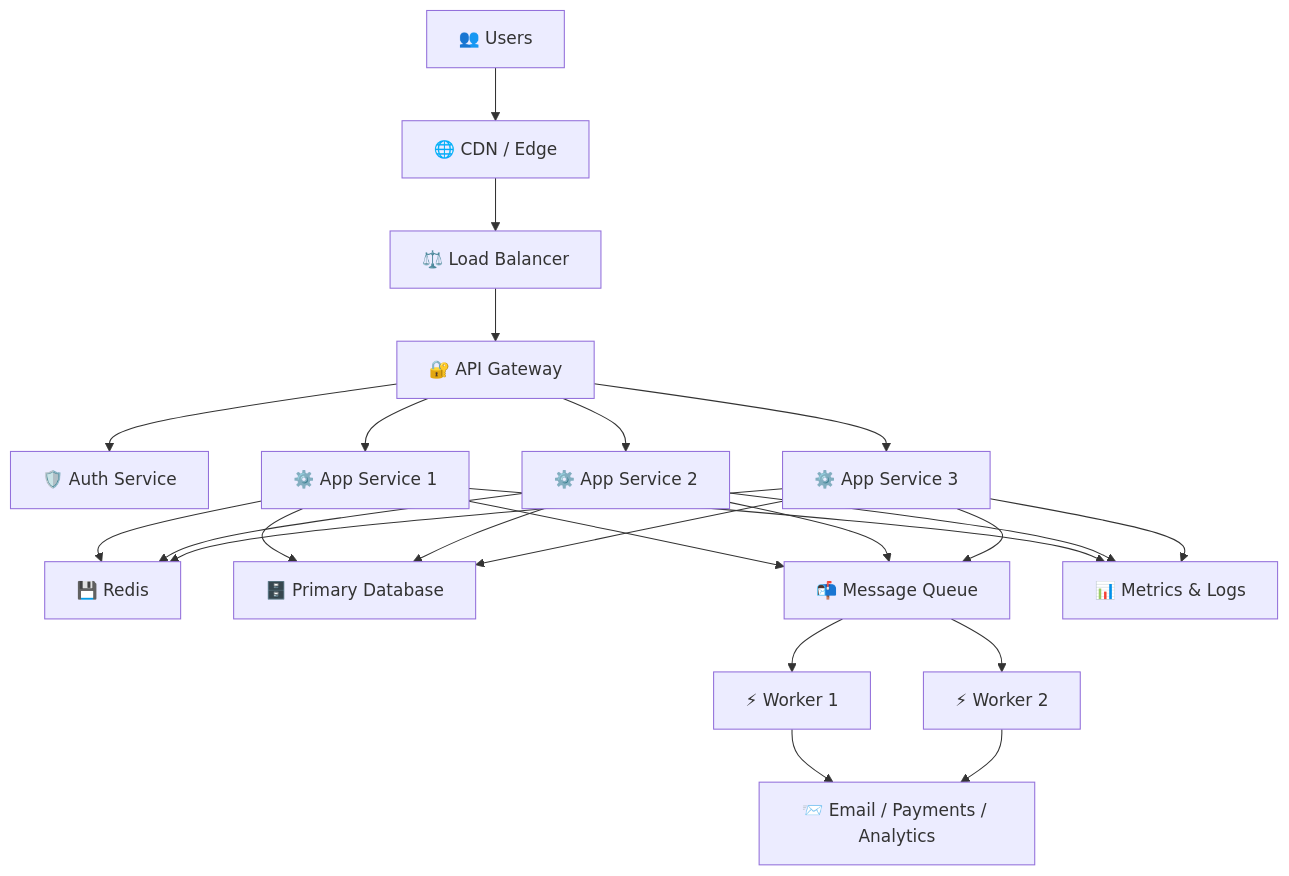
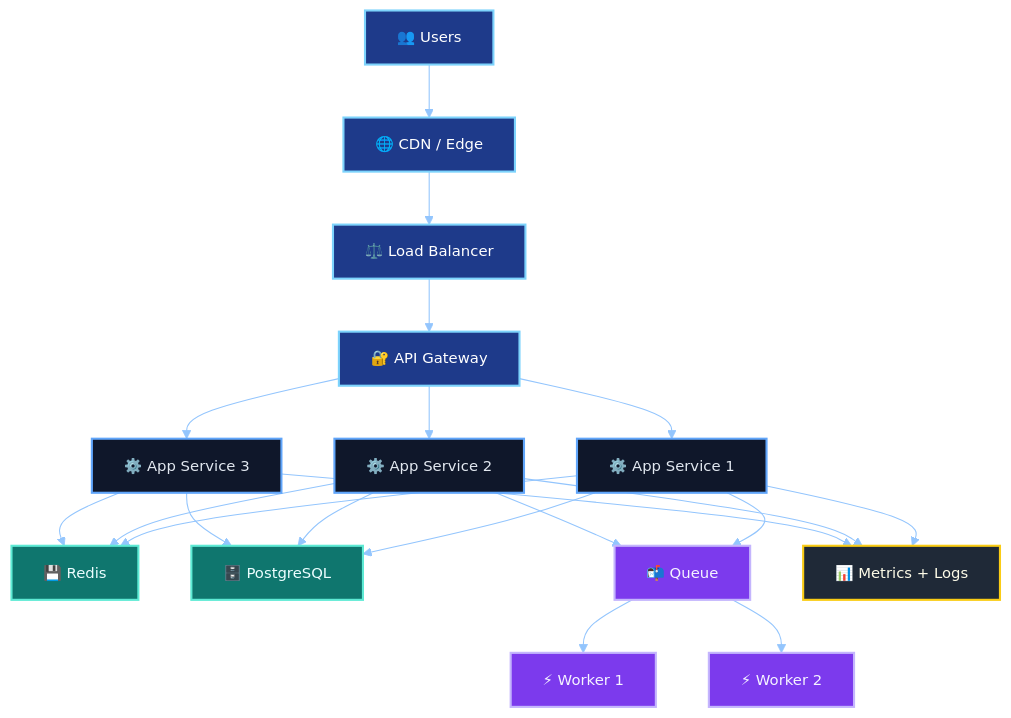
Before and after one commit to quesiblaq442-del/architecture-diagram: the first of 8 diagrams in ARCHITECTURE.md, drawn with Mermaid. The commit also changed other lines of this file, not shown here.

Commit message:
Give the architecture document a more 3D-inspired visual style

````diff
--- a/ARCHITECTURE.md
+++ b/ARCHITECTURE.md
@@ -33,31 +17,48 @@
 ```mermaid
-graph TB
-    Users["👥 Users"] --> CDN["🌐 CDN / Edge"]
-    CDN --> LB["⚖️ Load Balancer"]
+%%{init: {'theme': 'base', 'themeVariables': {
+  'primaryColor': '#0f172a',
+  'primaryTextColor': '#e2e8f0',
+  'primaryBorderColor': '#60a5fa',
+  'lineColor': '#93c5fd',
+  'secondaryColor': '#111827',
+  'tertiaryColor': '#1d4ed8',
+  'fontSize': '14px',
+  'fontFamily': 'Arial'
+}} }%%
+flowchart TB
+    U["👥 Users"] --> C["🌐 CDN / Edge"]
+    C --> LB["⚖️ Load Balancer"]
     LB --> GW["🔐 API Gateway"]
-    GW --> Auth["🛡️ Auth Service"]
-    GW --> App1["⚙️ App Service 1"]
-    GW --> App2["⚙️ App Service 2"]
-    GW --> App3["⚙️ App Service 3"]
+    GW --> A1["⚙️ App Service 1"]
+    GW --> A2["⚙️ App Service 2"]
+    GW --> A3["⚙️ App Service 3"]
 
-    App1 --> Cache["💾 Redis"]
-    App2 --> Cache
-    App3 --> Cache
+    A1 --> REDIS["💾 Redis"]
+    A2 --> REDIS
+    A3 --> REDIS
 
-    App1 --> DB["🗄️ Primary Database"]
-    App2 --> DB
-    App3 --> DB
+    A1 --> DB["🗄️ PostgreSQL"]
+    A2 --> DB
+    A3 --> DB
 
-    App1 --> MQ["📬 Message Queue"]
-    App2 --> MQ
-    App3 --> MQ
+    A1 --> Q["📬 Queue"]
+    A2 --> Q
+    Q --> W1["⚡ Worker 1"]
+    Q --> W2["⚡ Worker 2"]
 
-    MQ --> Worker1["⚡ Worker 1"]
-    MQ --> Worker2["⚡ Worker 2"]
-    Worker1 --> External["📨 Email / Payments / Analytics"]
-    Worker2 --> External
+    A1 --> OBS["📊 Metrics + Logs"]
+    A2 --> OBS
+    A3 --> OBS
 
-    App1 --> Obs["📊 Metrics & Logs"]
-    App2 --> Obs
-    App3 --> Obs
+    classDef edge fill:#1e3a8a,stroke:#7dd3fc,color:#fff,stroke-width:2px;
+    classDef app fill:#0f172a,stroke:#60a5fa,color:#e2e8f0,stroke-width:2px;
+    classDef data fill:#0f766e,stroke:#5eead4,color:#ecfeff,stroke-width:2px;
+    classDef queue fill:#7c3aed,stroke:#c4b5fd,color:#f5f3ff,stroke-width:2px;
+    classDef ops fill:#1f2937,stroke:#facc15,color:#fefce8,stroke-width:2px;
+
+    class U,C,LB,GW edge;
+    class A1,A2,A3 app;
+    class REDIS,DB data;
+    class Q,W1,W2 queue;
+    class OBS ops;
 ```
````
